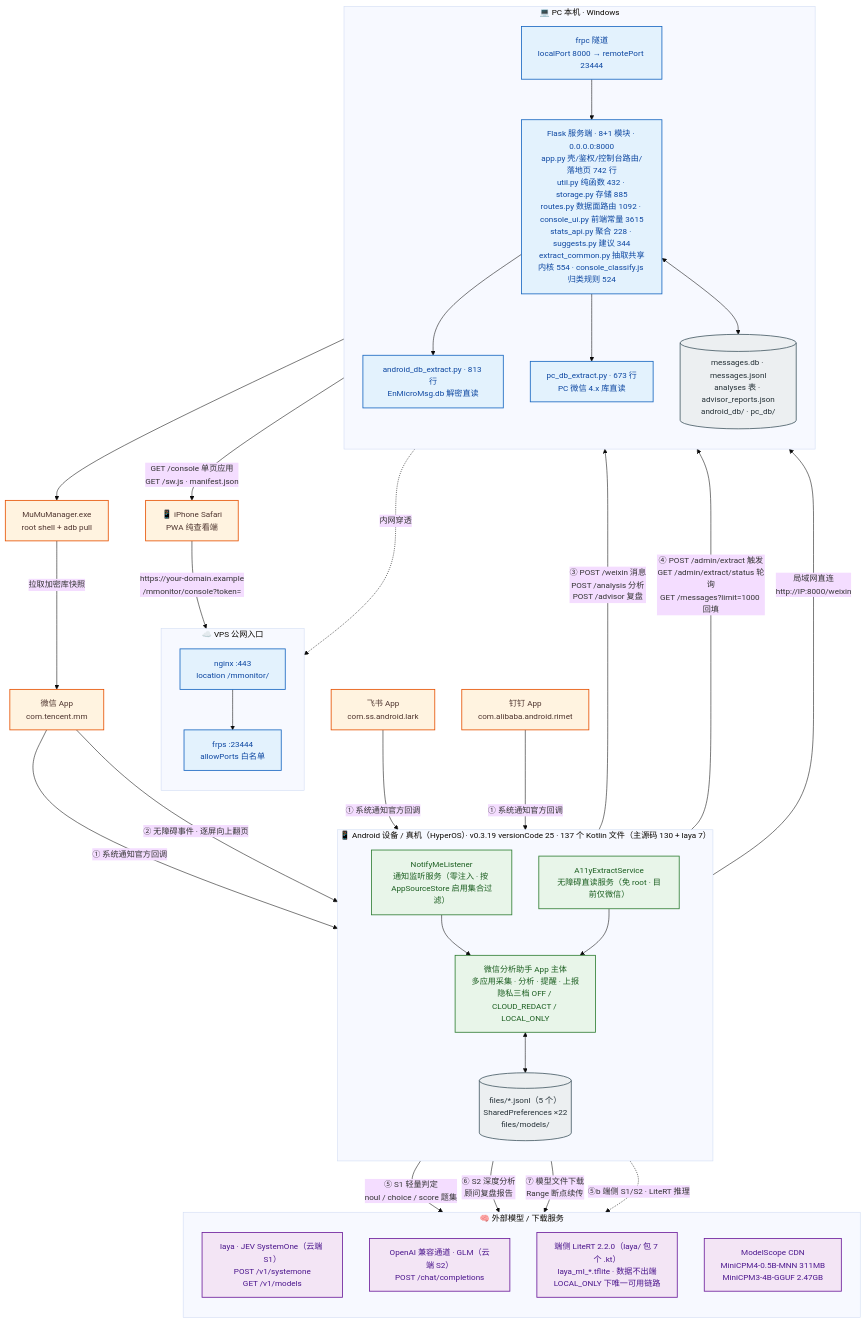
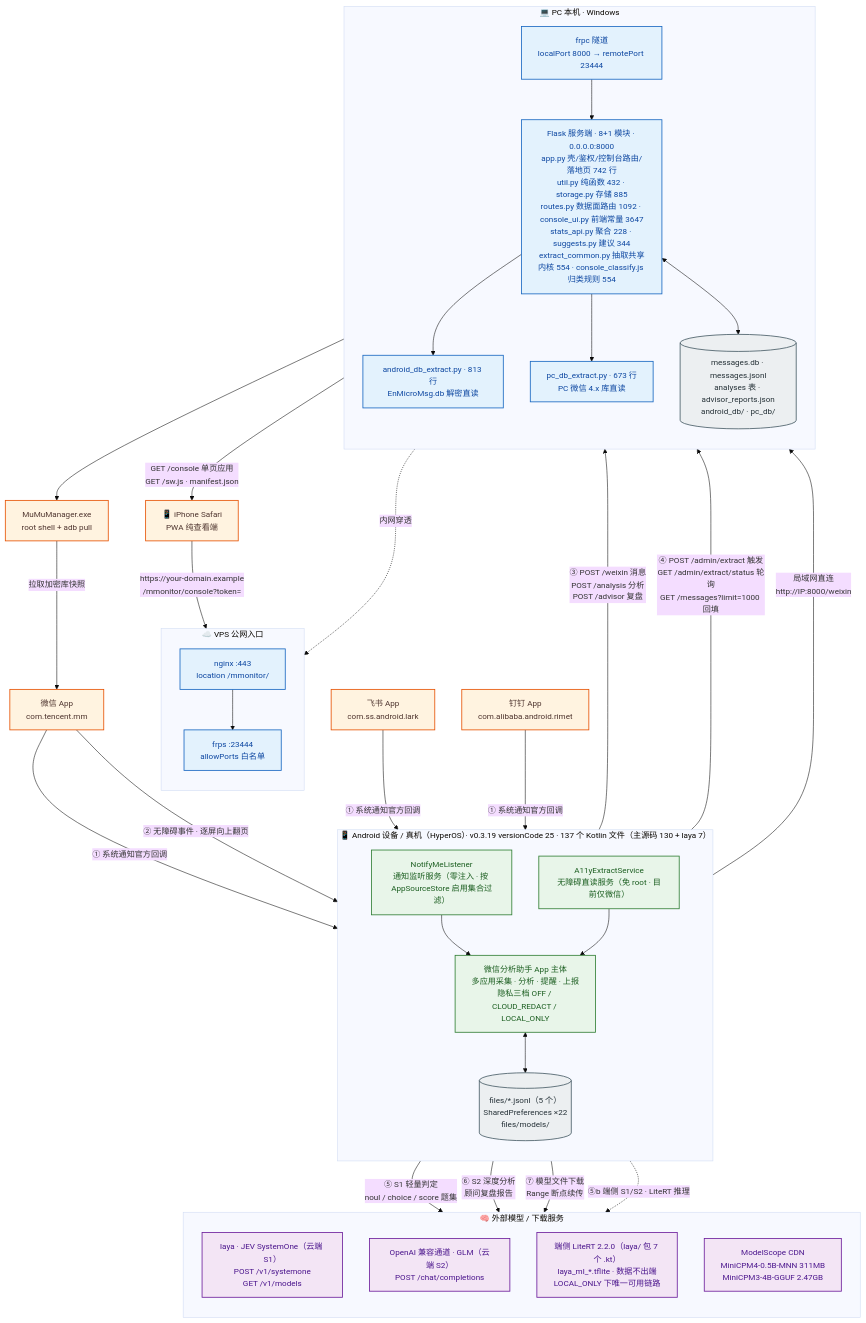
The diagram in docs/architecture/diagrams/01-system-context.mmd (solidjoker/notifyme), drawn with Mermaid before and after one commit. The commit also changed 14 other files, not shown here.

```diff
--- a/docs/architecture/diagrams/01-system-context.mmd
+++ b/docs/architecture/diagrams/01-system-context.mmd
@@ -1,70 +1,70 @@
 %%{init: {'theme':'base','themeVariables':{'fontSize':'15px','fontFamily':'Microsoft YaHei, PingFang SC, sans-serif'},'flowchart':{'htmlLabels':true,'curve':'basis'}}}%%
 flowchart TB
     classDef ext  fill:#fff3e0,stroke:#e65100,stroke-width:1.5px,color:#4e342e
     classDef app  fill:#e8f5e9,stroke:#2e7d32,stroke-width:1.5px,color:#1b5e20
     classDef srv  fill:#e3f2fd,stroke:#1565c0,stroke-width:1.5px,color:#0d47a1
     classDef llm  fill:#f3e5f5,stroke:#6a1b9a,stroke-width:1.5px,color:#4a148c
     classDef store fill:#eceff1,stroke:#455a64,stroke-width:1.5px,color:#263238
 
     WX["微信 App<br/>com.tencent.mm"]:::ext
     FS["飞书 App<br/>com.ss.android.lark"]:::ext
     DT["钉钉 App<br/>com.alibaba.android.rimet"]:::ext
 
     subgraph DEV["📱 Android 设备 / 真机（HyperOS）· v0.3.19 versionCode 25 · 137 个 Kotlin 文件（主源码 130 + laya 7）"]
         direction TB
         NL["NotifyMeListener<br/>通知监听服务（零注入 · 按 AppSourceStore 启用集合过滤）"]:::app
         A11Y["A11yExtractService<br/>无障碍直读服务（免 root · 目前仅微信）"]:::app
         CORE["微信分析助手 App 主体<br/>多应用采集 · 分析 · 提醒 · 上报<br/>隐私三档 OFF / CLOUD_REDACT / LOCAL_ONLY"]:::app
         STORE[("files/*.jsonl（5 个）<br/>SharedPreferences ×22<br/>files/models/")]:::store
         NL --> CORE
         A11Y --> CORE
         CORE <--> STORE
     end
 
     subgraph HOST["💻 PC 本机 · Windows"]
         direction TB
-        FLASK["Flask 服务端 · 8+1 模块 · 0.0.0.0:8000<br/>app.py 壳/鉴权/控制台路由/落地页 742 行<br/>util.py 纯函数 432 · storage.py 存储 885<br/>routes.py 数据面路由 1092 · console_ui.py 前端常量 3615<br/>stats_api.py 聚合 228 · suggests.py 建议 344<br/>extract_common.py 抽取共享内核 554 · console_classify.js 归类规则 524"]:::srv
+        FLASK["Flask 服务端 · 8+1 模块 · 0.0.0.0:8000<br/>app.py 壳/鉴权/控制台路由/落地页 742 行<br/>util.py 纯函数 432 · storage.py 存储 885<br/>routes.py 数据面路由 1092 · console_ui.py 前端常量 3647<br/>stats_api.py 聚合 228 · suggests.py 建议 344<br/>extract_common.py 抽取共享内核 554 · console_classify.js 归类规则 554"]:::srv
         ADBEX["android_db_extract.py · 813 行<br/>EnMicroMsg.db 解密直读"]:::srv
         PCEX["pc_db_extract.py · 673 行<br/>PC 微信 4.x 库直读"]:::srv
         DB[("messages.db · messages.jsonl<br/>analyses 表 · advisor_reports.json<br/>android_db/ · pc_db/")]:::store
         FRPC["frpc 隧道<br/>localPort 8000 → remotePort 23444"]:::srv
         FLASK --> ADBEX
         FLASK --> PCEX
         FLASK <--> DB
         FRPC --> FLASK
     end
 
     subgraph VPS["☁️ VPS 公网入口"]
         direction TB
         NGINX["nginx :443<br/>location /mmonitor/"]:::srv
         FRPS["frps :23444<br/>allowPorts 白名单"]:::srv
         NGINX --> FRPS
     end
 
     subgraph AI["🧠 外部模型 / 下载服务"]
         direction TB
         LAYA["laya · JEV SystemOne（云端 S1）<br/>POST /v1/systemone<br/>GET /v1/models"]:::llm
         GLM["OpenAI 兼容通道 · GLM（云端 S2）<br/>POST /chat/completions"]:::llm
         LITE["端侧 LiteRT 2.2.0（laya/ 包 7 个 .kt）<br/>laya_ml_*.tflite · 数据不出端<br/>LOCAL_ONLY 下唯一可用链路"]:::llm
         MS["ModelScope CDN<br/>MiniCPM4-0.5B-MNN 311MB<br/>MiniCPM3-4B-GGUF 2.47GB"]:::llm
     end
 
     MUMU["MuMuManager.exe<br/>root shell + adb pull"]:::ext
     IPHONE["📱 iPhone Safari<br/>PWA 纯查看端"]:::ext
 
     WX -->|"① 系统通知官方回调"| NL
     FS -->|"① 系统通知官方回调"| NL
     DT -->|"① 系统通知官方回调"| NL
     WX -->|"② 无障碍事件 · 逐屏向上翻页"| A11Y
     CORE -->|"③ POST /weixin 消息<br/>POST /analysis 分析<br/>POST /advisor 复盘"| FLASK
     CORE -->|"④ POST /admin/extract 触发<br/>GET /admin/extract/status 轮询<br/>GET /messages?limit=1000 回填"| FLASK
     CORE -->|"⑤ S1 轻量判定<br/>noul / choice / score 题集"| LAYA
     CORE -->|"⑥ S2 深度分析<br/>顾问复盘报告"| GLM
     CORE -->|"⑦ 模型文件下载<br/>Range 断点续传"| MS
     CORE -.->|"⑤b 端侧 S1/S2 · LiteRT 推理"| LITE
     ADBEX --> MUMU
     MUMU -->|"拉取加密库快照"| WX
     CORE -->|"局域网直连<br/>http://IP:8000/weixin"| FLASK
     FRPC -.->|"内网穿透"| FRPS
     IPHONE -->|"https://your-domain.example<br/>/mmonitor/console?token="| NGINX
     FLASK -->|"GET /console 单页应用<br/>GET /sw.js · manifest.json"| IPHONE
```
